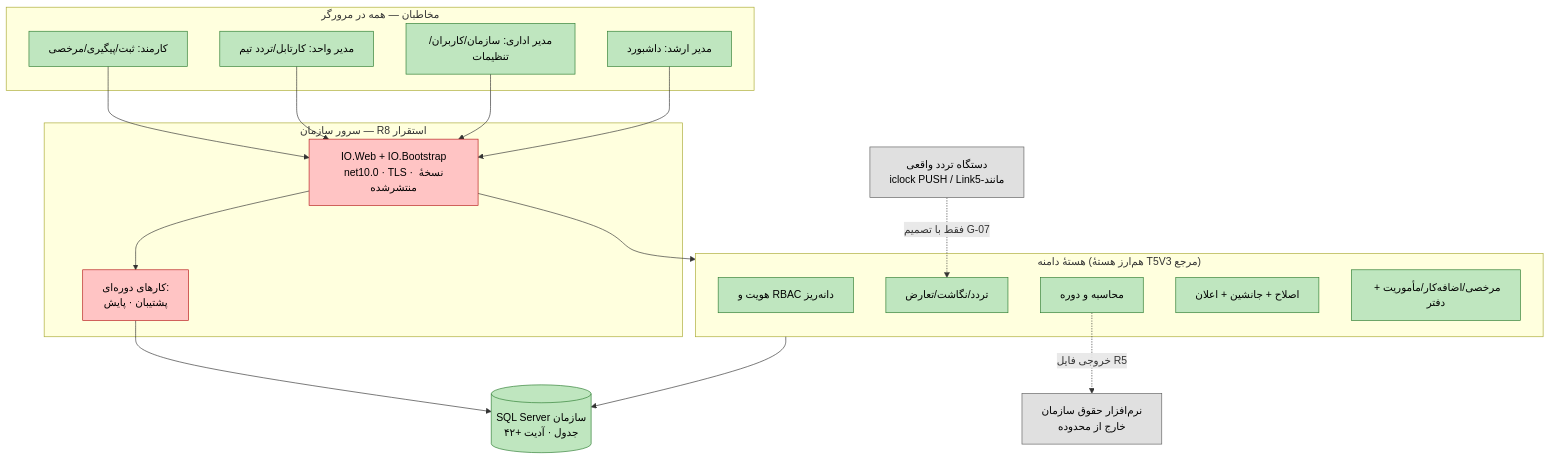
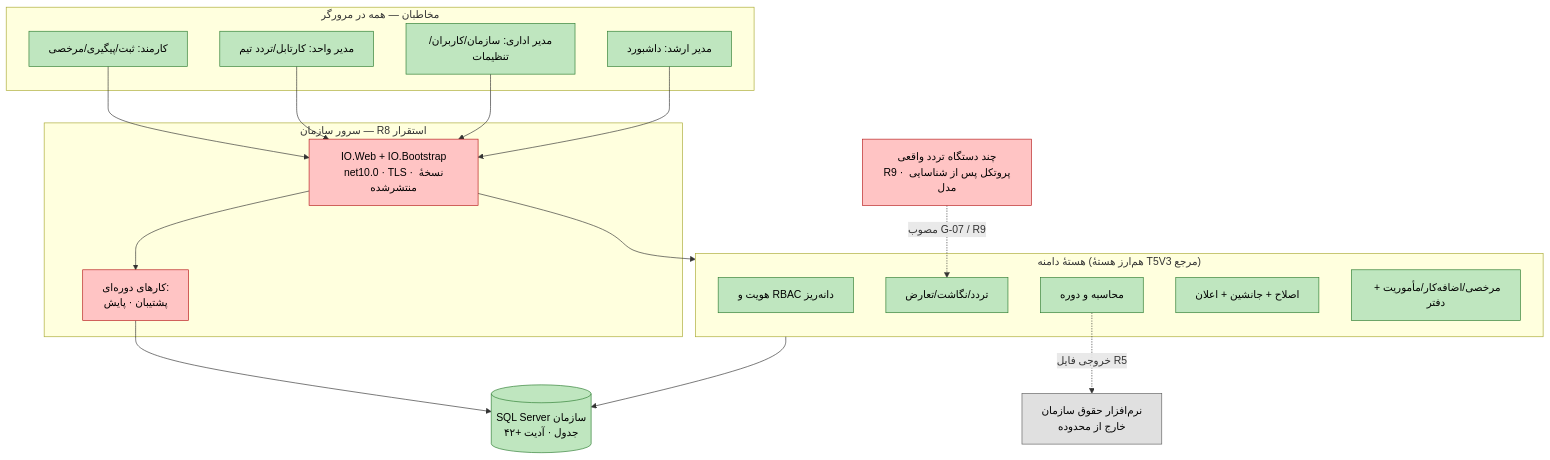
Before and after one commit to alirezarahimy-code/IO: the third of 4 diagrams in ReCode/docs/full-audit/80-go-live-destination.md, drawn with Mermaid. The commit also changed other lines of this file and 6 other files, not shown here.

Commit message:
Update go-live chart with approved devices, rewards and optional location scope

````diff
--- a/ReCode/docs/full-audit/80-go-live-destination.md
+++ b/ReCode/docs/full-audit/80-go-live-destination.md
@@ -77,33 +82,33 @@
 ```mermaid
 flowchart TB
     classDef done fill:#bfe6bf,stroke:#2e7d32,color:#000
     classDef todo fill:#ffc4c4,stroke:#b71c1c,color:#000
     classDef dec fill:#e0e0e0,stroke:#616161,color:#000
 
     subgraph USERS["مخاطبان — همه در مرورگر"]
         U1["کارمند: ثبت/پیگیری/مرخصی"]:::done
         U2["مدیر واحد: کارتابل/تردد تیم"]:::done
         U3["مدیر اداری: سازمان/کاربران/تنظیمات"]:::done
         U4["مدیر ارشد: داشبورد"]:::done
     end
     subgraph SERVER["سرور سازمان — R8 استقرار"]
         APP["IO.Web + IO.Bootstrap\nnet10.0 · TLS · نسخهٔ منتشرشده"]:::todo
         JOB["کارهای دوره‌ای:\nپشتیبان · پایش"]:::todo
     end
     subgraph CORE["هستهٔ دامنه (هم‌ارز هستهٔ T5V3 مرجع)"]
         S1["هویت و RBAC دانه‌ریز"]:::done
         S2["تردد/نگاشت/تعارض"]:::done
         S3["محاسبه و دوره"]:::done
         S4["اصلاح + جانشین + اعلان"]:::done
         S5["مرخصی/اضافه‌کار/مأموریت + دفتر"]:::done
     end
     DB[("SQL Server سازمان\n۴۲+ جدول · آدیت")]:::done
-    DEV["دستگاه تردد واقعی\niclock PUSH / Link5-مانند"]:::dec
+    DEV["چند دستگاه تردد واقعی\nR9 · پروتکل پس از شناسایی مدل"]:::todo
     PAY["نرم‌افزار حقوق سازمان\nخارج از محدوده"]:::dec
 
     U1 & U2 & U3 & U4 --> APP
     APP --> CORE --> DB
     APP --> JOB --> DB
-    DEV -.->|"فقط با تصمیم G-07"| S2
+    DEV -.->|"مصوب G-07 / R9"| S2
     S3 -.->|"خروجی فایل R5"| PAY
 ```
````
